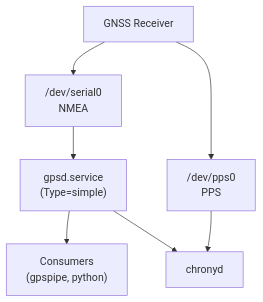
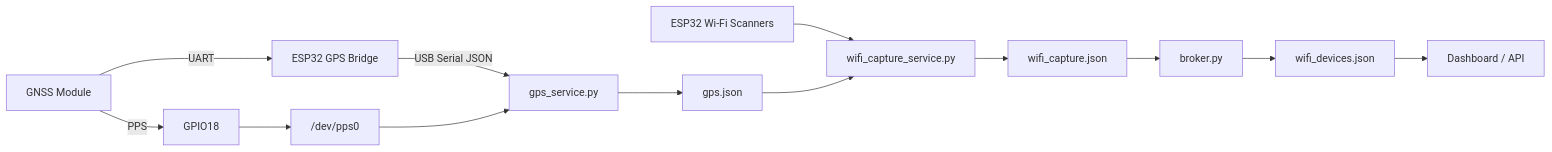
Before and after one commit to sbejarano/WiFi_Promiscuous: the diagram in host/Readme.md, drawn with Mermaid. The commit also changed other lines of this file, not shown here.

First line of the commit message:
Revise Readme.md for system architecture and issues

````diff
--- a/host/Readme.md
+++ b/host/Readme.md
@@ -211,16 +20,43 @@
 ```mermaid
-flowchart TD
-    GNSS["GNSS Receiver"]
+flowchart LR
 
-    UART["/dev/serial0<br/>NMEA"]
-    PPS["/dev/pps0<br/>PPS"]
+    GNSS["GNSS Module"]
 
-    gpsd["gpsd.service<br/>(Type=simple)"]
-    chrony["chronyd"]
+    ESP32["ESP32 GPS Bridge"]
 
-    apps["Consumers<br/>(gpspipe, python)"]
+    GPIO["GPIO18"]
+    PPS["/dev/pps0"]
 
-    GNSS --> UART --> gpsd --> apps
-    GNSS --> PPS --> chrony
-    gpsd --> chrony
+    GPSSVC["gps_service.py"]
+    GPSJSON["gps.json"]
+
+    SCANNERS["ESP32 Wi-Fi Scanners"]
+
+    CAPTURE["wifi_capture_service.py"]
+    RAW["wifi_capture.json"]
+
+    BROKER["broker.py"]
+    DEVICES["wifi_devices.json"]
+
+    UI["Dashboard / API"]
+
+    GNSS -->|UART| ESP32
+    ESP32 -->|USB Serial JSON| GPSSVC
+
+    GNSS -->|PPS| GPIO
+    GPIO --> PPS
+    PPS --> GPSSVC
+
+    GPSSVC --> GPSJSON
+
+    SCANNERS --> CAPTURE
+    GPSJSON --> CAPTURE
+
+    CAPTURE --> RAW
+
+    RAW --> BROKER
+
+    BROKER --> DEVICES
+
+    DEVICES --> UI
 ```
````
